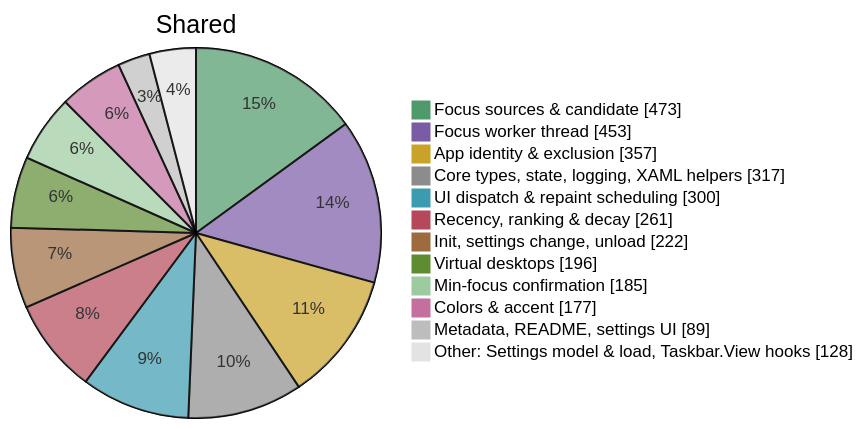
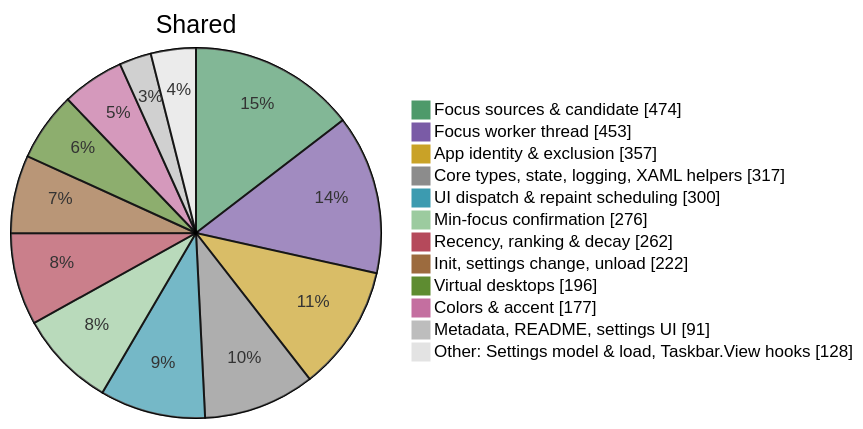
One commit to jvlasek/taskbar-recent-focus-highlight changed the fourth of 5 diagrams in doc/code/code-breakdown.md. Above: the diagram before and after it, drawn with Mermaid. The commit also changed other lines of this file and 7 other files, not shown here.

````diff
--- a/doc/code/code-breakdown.md
+++ b/doc/code/code-breakdown.md
@@ -134,16 +134,16 @@
 ```mermaid
-%%{init: {"themeVariables": {"pie1": "#4E9A6A", "pie2": "#7A5BA6", "pie3": "#C9A227", "pie4": "#8C8C8C", "pie5": "#3C9BB0", "pie6": "#B5495B", "pie7": "#9C6B3E", "pie8": "#5E8C31", "pie9": "#9CCB9F", "pie10": "#C46FA0", "pie11": "#BDBDBD", "pie12": "#E3E3E3", "pieOuterStrokeWidth": "1px"}}}%%
+%%{init: {"themeVariables": {"pie1": "#4E9A6A", "pie2": "#7A5BA6", "pie3": "#C9A227", "pie4": "#8C8C8C", "pie5": "#3C9BB0", "pie6": "#9CCB9F", "pie7": "#B5495B", "pie8": "#9C6B3E", "pie9": "#5E8C31", "pie10": "#C46FA0", "pie11": "#BDBDBD", "pie12": "#E3E3E3", "pieOuterStrokeWidth": "1px"}}}%%
 pie showData title Shared
-    "Focus sources & candidate" : 473
+    "Focus sources & candidate" : 474
     "Focus worker thread" : 453
     "App identity & exclusion" : 357
     "Core types, state, logging, XAML helpers" : 317
     "UI dispatch & repaint scheduling" : 300
-    "Recency, ranking & decay" : 261
+    "Min-focus confirmation" : 276
+    "Recency, ranking & decay" : 262
     "Init, settings change, unload" : 222
     "Virtual desktops" : 196
-    "Min-focus confirmation" : 185
     "Colors & accent" : 177
-    "Metadata, README, settings UI" : 89
+    "Metadata, README, settings UI" : 91
     "Other: Settings model & load, Taskbar.View hooks" : 128
 ```
````
